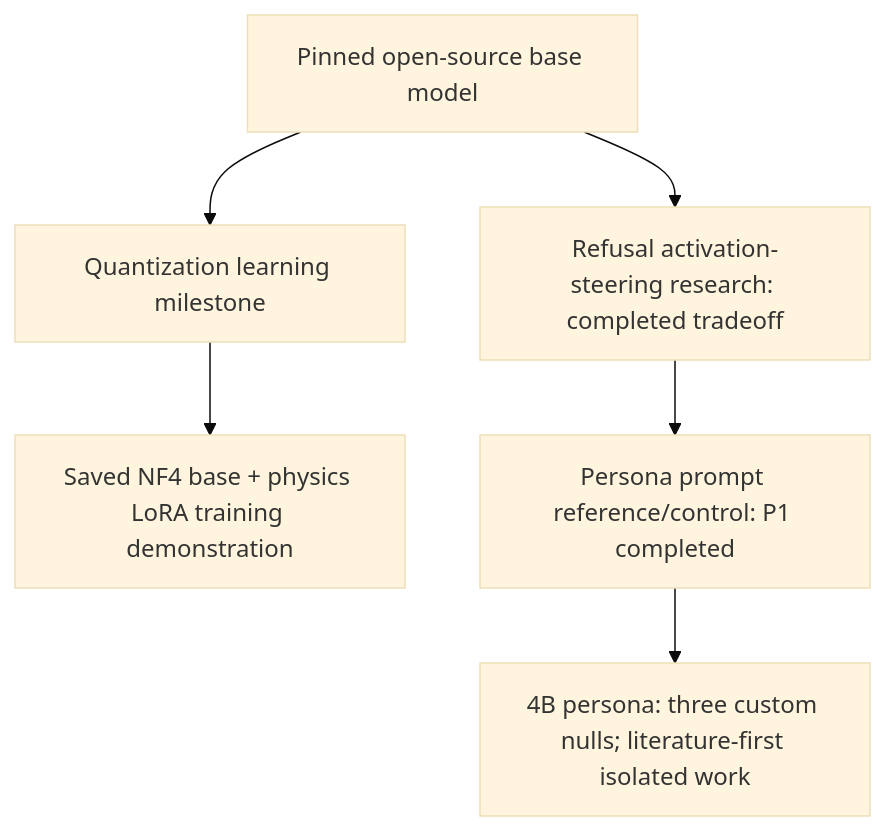
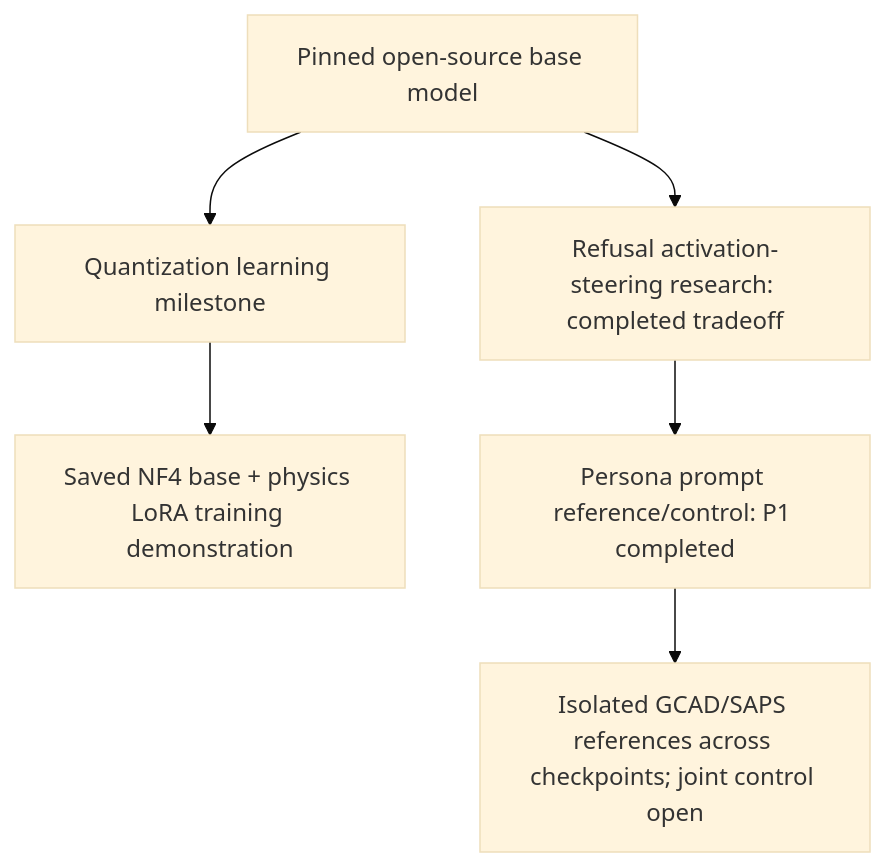
Before and after one commit to RenormalizationTech/tuneLLM: the diagram in docs/project_tracks.md, drawn with Mermaid (base theme). The commit also changed other lines of this file and 4 other files, not shown here.

Commit message:
Document four steering references and GCAD joint-control mathematics

````diff
--- a/docs/project_tracks.md
+++ b/docs/project_tracks.md
@@ -46,8 +54,8 @@
 ```mermaid
 flowchart TD
     Base["Pinned open-source base model"] --> Quant["Quantization learning milestone"]
     Quant --> Physics["Saved NF4 base + physics LoRA training demonstration"]
     Base --> Refusal["Refusal activation-steering research: completed tradeoff"]
     Refusal --> Prompt["Persona prompt reference/control: P1 completed"]
-    Prompt --> Persona["4B persona: three custom nulls; literature-first isolated work"]
+    Prompt --> Persona["Isolated GCAD/SAPS references across checkpoints; joint control open"]
 ```
````
